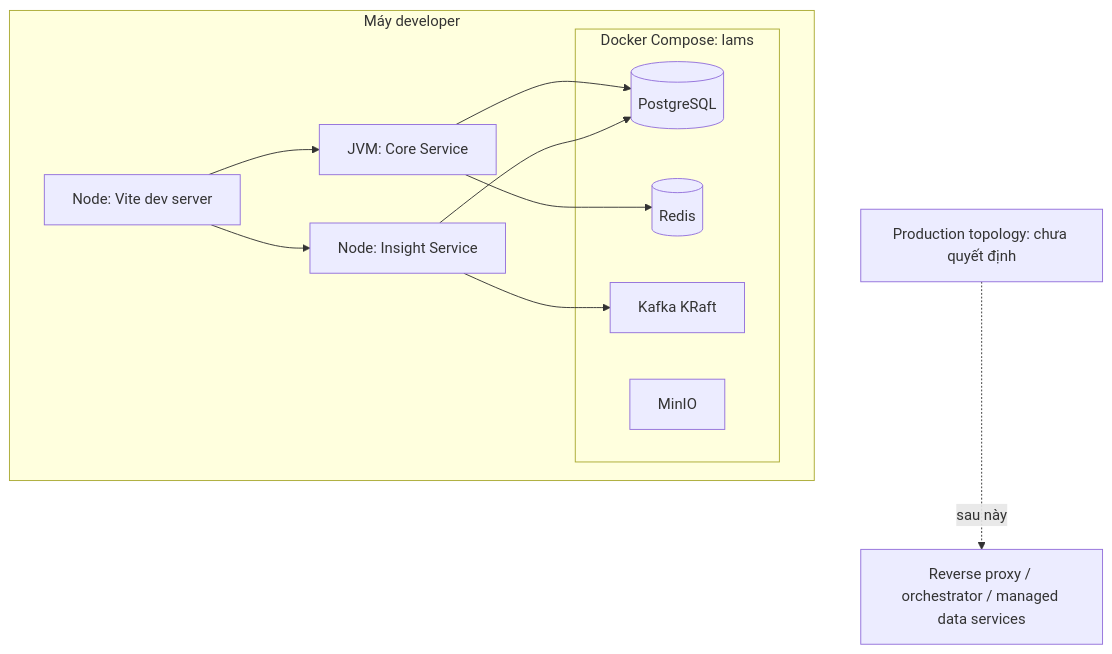
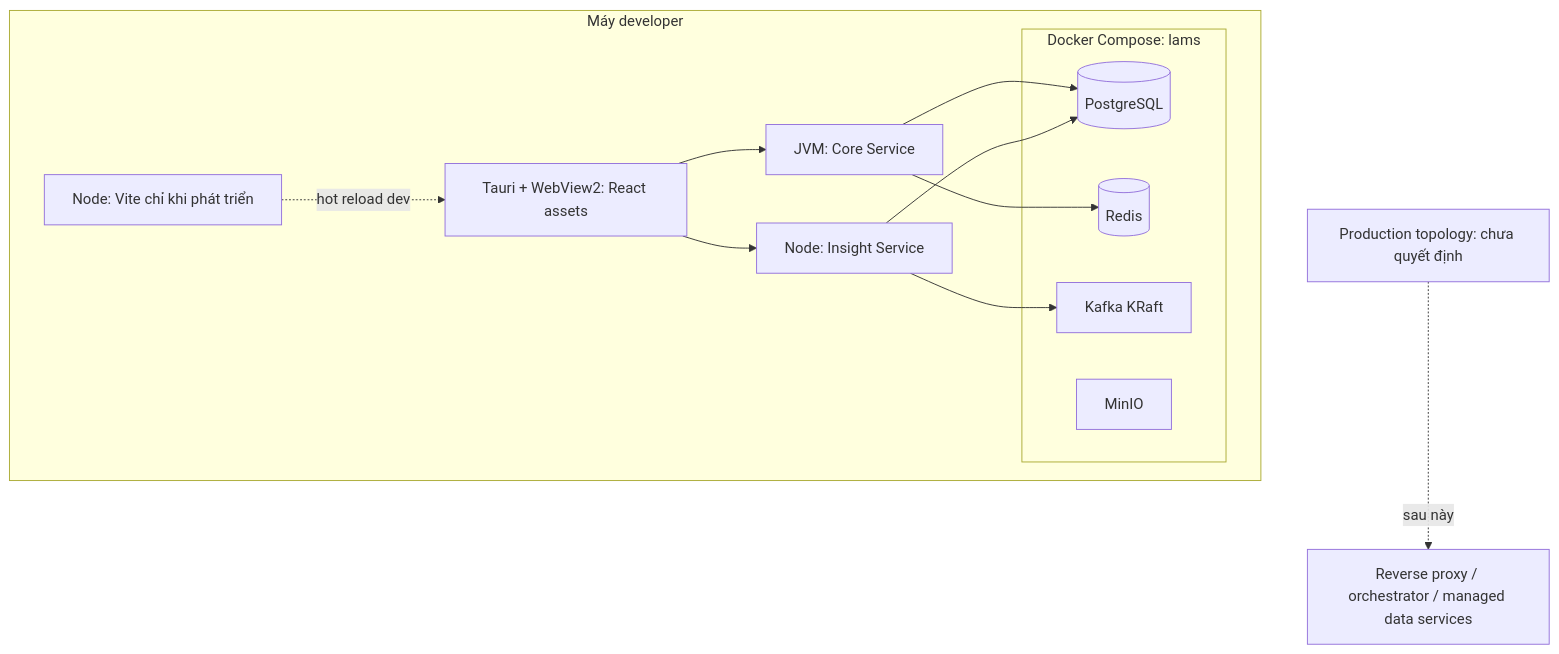
One commit to Shuuma4869/He-thong-quan-ly-va-khai-thac-thu-vien changed the diagram in tai-lieu/02-kien-truc/deployment-diagram.md. Above: the diagram before and after it, drawn with Mermaid. The commit also changed other lines of this file and 15 other files, not shown here.

````diff
--- a/tai-lieu/02-kien-truc/deployment-diagram.md
+++ b/tai-lieu/02-kien-truc/deployment-diagram.md
@@ -7,21 +7,23 @@
 ```mermaid
 flowchart TB
   subgraph Laptop[Máy developer]
-    FE[Node: Vite dev server]
+    FE[Tauri + WebView2: React assets]
+    Vite[Node: Vite chỉ khi phát triển]
     Core[JVM: Core Service]
     Insight[Node: Insight Service]
     subgraph Docker[Docker Compose: lams]
       PG[(PostgreSQL)]
       Redis[(Redis)]
       Kafka[Kafka KRaft]
       MinIO[MinIO]
     end
+    Vite -.hot reload dev.-> FE
     FE --> Core
     FE --> Insight
     Core --> PG
     Insight --> PG
     Core --> Redis
     Insight --> Kafka
   end
   Prod[Production topology: chưa quyết định] -.sau này.-> LB[Reverse proxy / orchestrator / managed data services]
 ```
````
